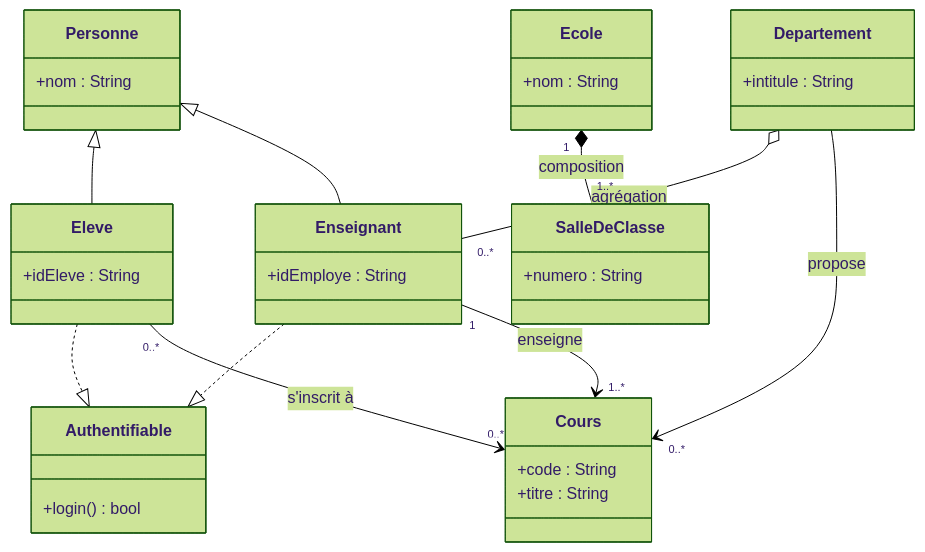
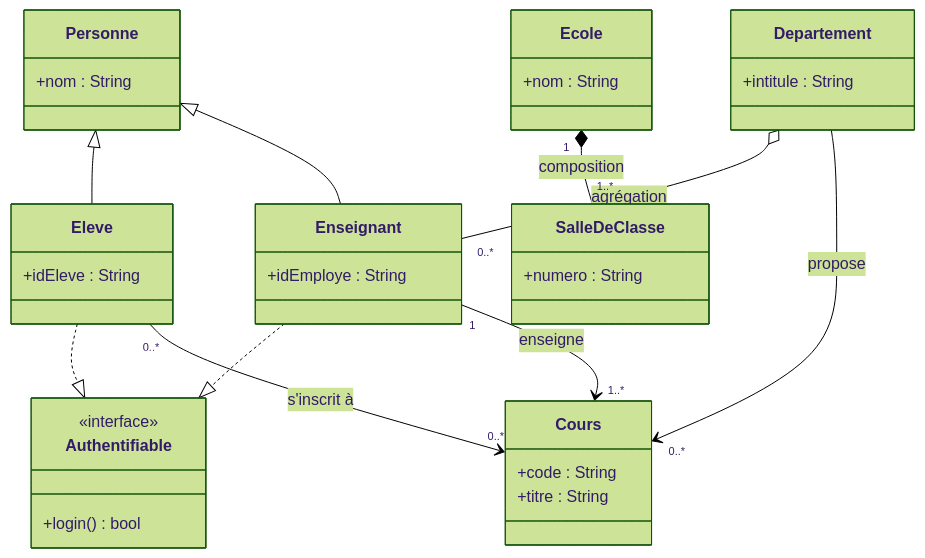
Before and after one commit to ophenix-maisonneuve/420-930-ma-site-web: the eighth of 8 diagrams in _notes/uml/uml-classes.md, drawn with Mermaid (forest theme). The commit also changed 1 other file, not shown here.

Commit message:
publication des notes UML

````diff
--- a/_notes/uml/uml-classes.md
+++ b/_notes/uml/uml-classes.md
@@ -167,55 +167,56 @@
 ```mermaid
 classDiagram
     %% ===== Interfaces / Contrats =====
     class Authentifiable {
+        <<interface>>
         +login() bool
     }
 
     %% ===== Hiérarchie : Héritage =====
     class Personne {
         +nom : String
     }
     class Eleve {
         +idEleve : String
     }
     class Enseignant {
         +idEmploye : String
     }
 
     Personne <|-- Eleve
     Personne <|-- Enseignant
 
     %% ===== Implémentation d'interface =====
     Eleve ..|> Authentifiable
     Enseignant ..|> Authentifiable
 
     %% ===== Composition (tout/partie forte) =====
     class Ecole {
         +nom : String
     }
     class SalleDeClasse {
         +numero : String
     }
     Ecole "1" *-- "1..*" SalleDeClasse : composition
 
     %% ===== Agrégation (tout/partie faible) =====
     class Departement {
         +intitule : String
     }
     Departement o-- "0..*" Enseignant : agrégation
 
     %% ===== Cours et Associations (avec multiplicités) =====
     class Cours {
         +code : String
         +titre : String
     }
 
     %% Association : un enseignant enseigne plusieurs cours
     Enseignant "1" --> "1..*" Cours : enseigne
 
     %% Association + Multiplicités : inscription des élèves
     Eleve "0..*" --> "0..*" Cours : s'inscrit à
 
     %% (Optionnel) Un département propose des cours (association simple)
     Departement --> "0..*" Cours : propose
 ```
````
